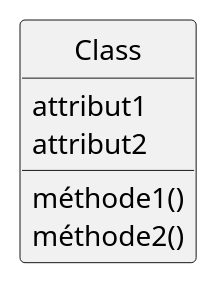
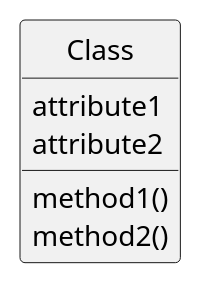
One commit to gigl-uml/Guide_uml_polymtl changed the diagram in classexample.plantuml. Above: the diagram before and after it, drawn with PlantUML. The commit also changed 2 other files, not shown here.

Commit message:
uniformiser langue anglaise pour diagramme

```diff
--- a/classexample.plantuml
+++ b/classexample.plantuml
@@ -1,9 +1,9 @@
 @startuml
 hide circle
 class Class {
-    attribut1
-    attribut2
-    méthode1()
-    méthode2()
+    attribute1
+    attribute2
+    method1()
+    method2()
 }
 @enduml
```
